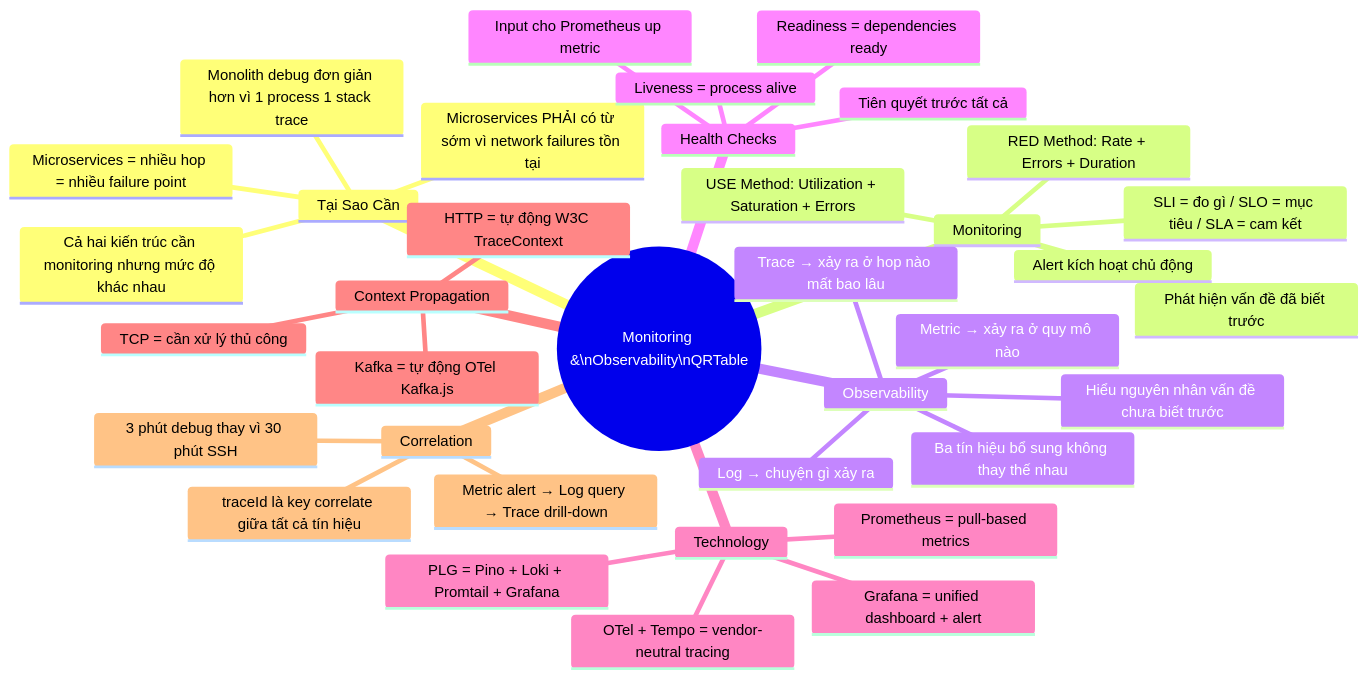
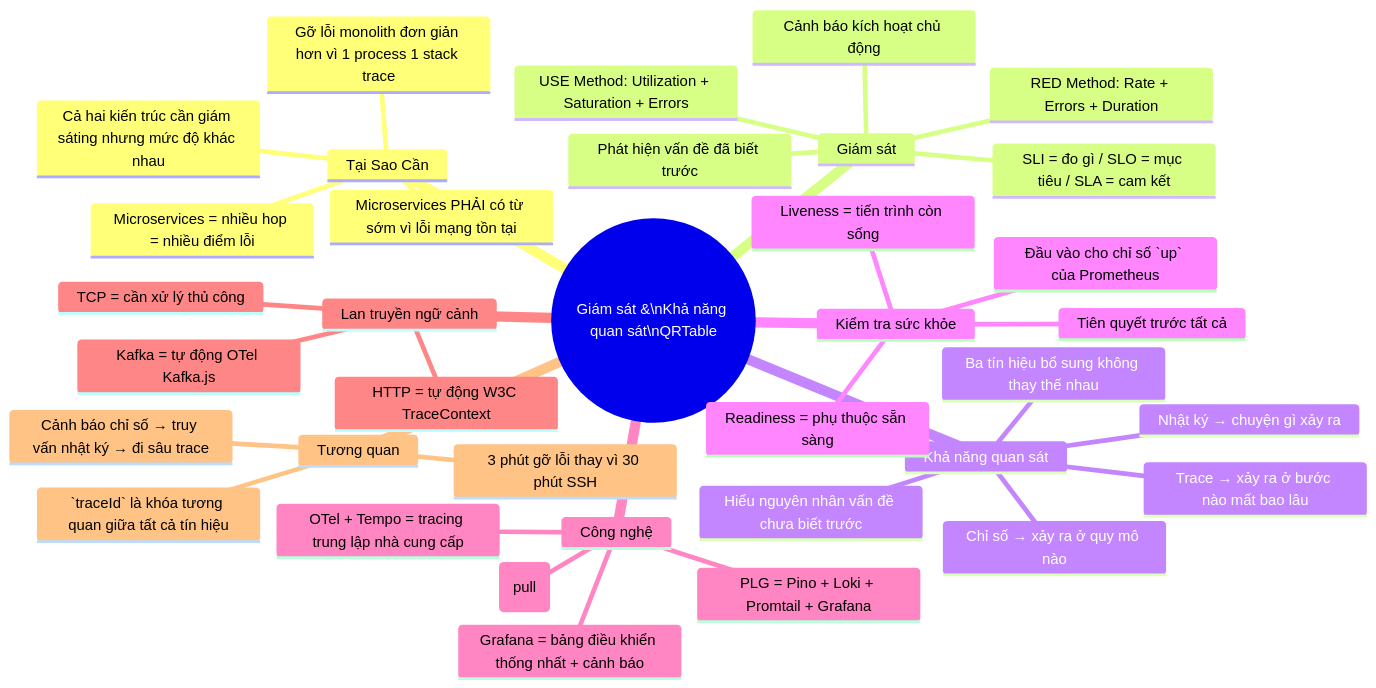
The third of 3 diagrams in docs/guides/monitoring-observability-qrtable.md (quan-vo-dinh/saas-pos-microservices-qrtable), drawn with Mermaid before and after one commit. The commit also changed other lines of this file and 46 other files, not shown here.

````diff
--- a/docs/guides/monitoring-observability-qrtable.md
+++ b/docs/guides/monitoring-observability-qrtable.md
@@ -1460,39 +1460,39 @@
 ```mermaid
 mindmap
-  root((Monitoring &\nObservability\nQRTable))
+  root((Giám sát &\nKhả năng quan sát\nQRTable))
     Tại Sao Cần
-      Microservices = nhiều hop = nhiều failure point
-      Monolith debug đơn giản hơn vì 1 process 1 stack trace
-      Microservices PHẢI có từ sớm vì network failures tồn tại
-      Cả hai kiến trúc cần monitoring nhưng mức độ khác nhau
-    Monitoring
+      Microservices = nhiều hop = nhiều điểm lỗi
+      Gỡ lỗi monolith đơn giản hơn vì 1 process 1 stack trace
+      Microservices PHẢI có từ sớm vì lỗi mạng tồn tại
+      Cả hai kiến trúc cần giám sáting nhưng mức độ khác nhau
+    Giám sát
       Phát hiện vấn đề đã biết trước
       SLI = đo gì / SLO = mục tiêu / SLA = cam kết
       RED Method: Rate + Errors + Duration
       USE Method: Utilization + Saturation + Errors
-      Alert kích hoạt chủ động
-    Observability
+      Cảnh báo kích hoạt chủ động
+    Khả năng quan sát
       Hiểu nguyên nhân vấn đề chưa biết trước
-      Log → chuyện gì xảy ra
-      Metric → xảy ra ở quy mô nào
-      Trace → xảy ra ở hop nào mất bao lâu
+      Nhật ký → chuyện gì xảy ra
+      Chỉ số → xảy ra ở quy mô nào
+      Trace → xảy ra ở bước nào mất bao lâu
       Ba tín hiệu bổ sung không thay thế nhau
-    Health Checks
+    Kiểm tra sức khỏe
       Tiên quyết trước tất cả
-      Liveness = process alive
-      Readiness = dependencies ready
-      Input cho Prometheus up metric
-    Technology
+      Liveness = tiến trình còn sống
+      Readiness = phụ thuộc sẵn sàng
+      Đầu vào cho chỉ số `up` của Prometheus
+    Công nghệ
       PLG = Pino + Loki + Promtail + Grafana
-      Prometheus = pull-based metrics
-      OTel + Tempo = vendor-neutral tracing
-      Grafana = unified dashboard + alert
-    Context Propagation
+      Prometheus = chỉ số kéo định kỳ (pull)
+      OTel + Tempo = tracing trung lập nhà cung cấp
+      Grafana = bảng điều khiển thống nhất + cảnh báo
+    Lan truyền ngữ cảnh
       HTTP = tự động W3C TraceContext
       Kafka = tự động OTel Kafka.js
       TCP = cần xử lý thủ công
-    Correlation
-      Metric alert → Log query → Trace drill-down
-      3 phút debug thay vì 30 phút SSH
-      traceId là key correlate giữa tất cả tín hiệu
+    Tương quan
+      Cảnh báo chỉ số → truy vấn nhật ký → đi sâu trace
+      3 phút gỡ lỗi thay vì 30 phút SSH
+      `traceId` là khóa tương quan giữa tất cả tín hiệu
 ```
````
